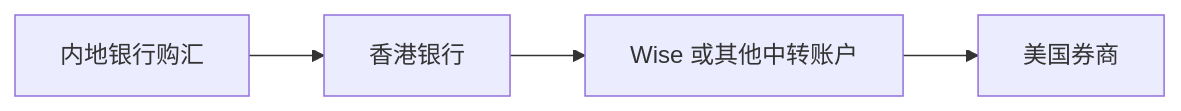
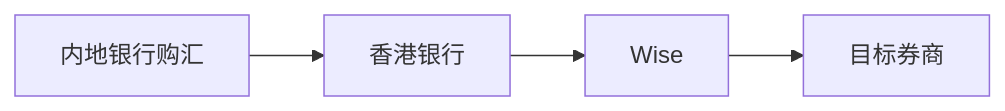
One commit to kola-official/Chinese-invest-USA-Stock changed the first of 2 diagrams in docs/04-入金路径.md. Above: the diagram before and after it, drawn with Mermaid. The commit also changed other lines of this file and 7 other files, not shown here.

````diff
--- a/docs/04-入金路径.md
+++ b/docs/04-入金路径.md
@@ -31,6 +29,6 @@
 ```mermaid
 flowchart LR
   A["内地银行购汇"] --> B["香港银行"]
-  B --> C["Wise 或其他中转账户"]
-  C --> D["美国券商"]
+  B --> C["Wise"]
+  C --> D["目标券商"]
 ```
````
